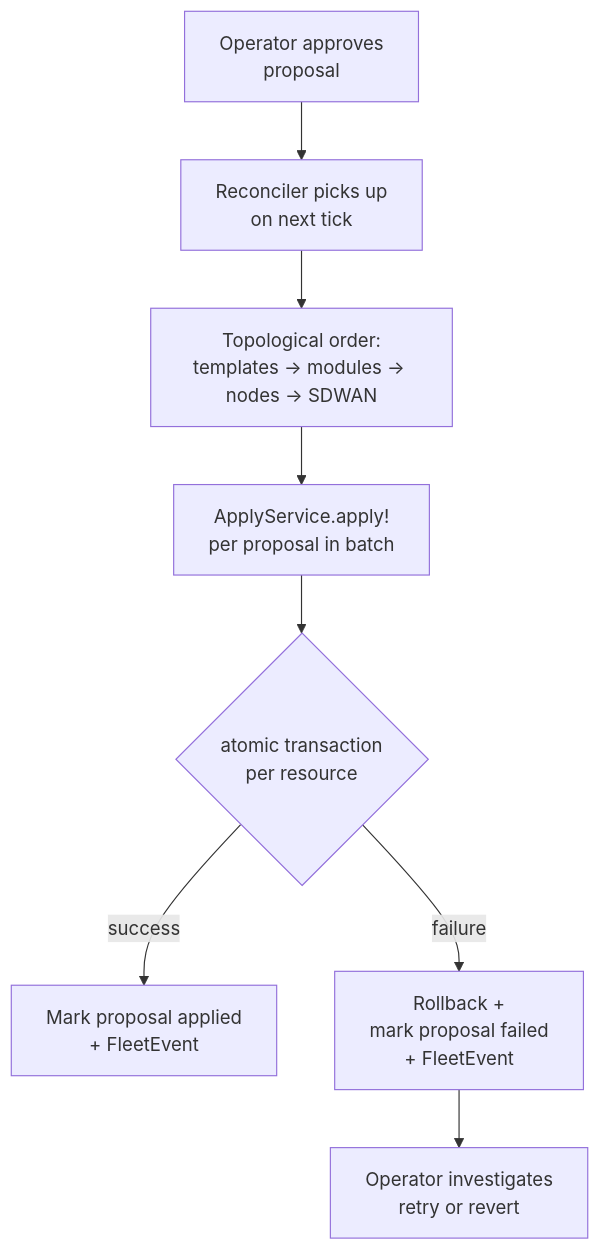
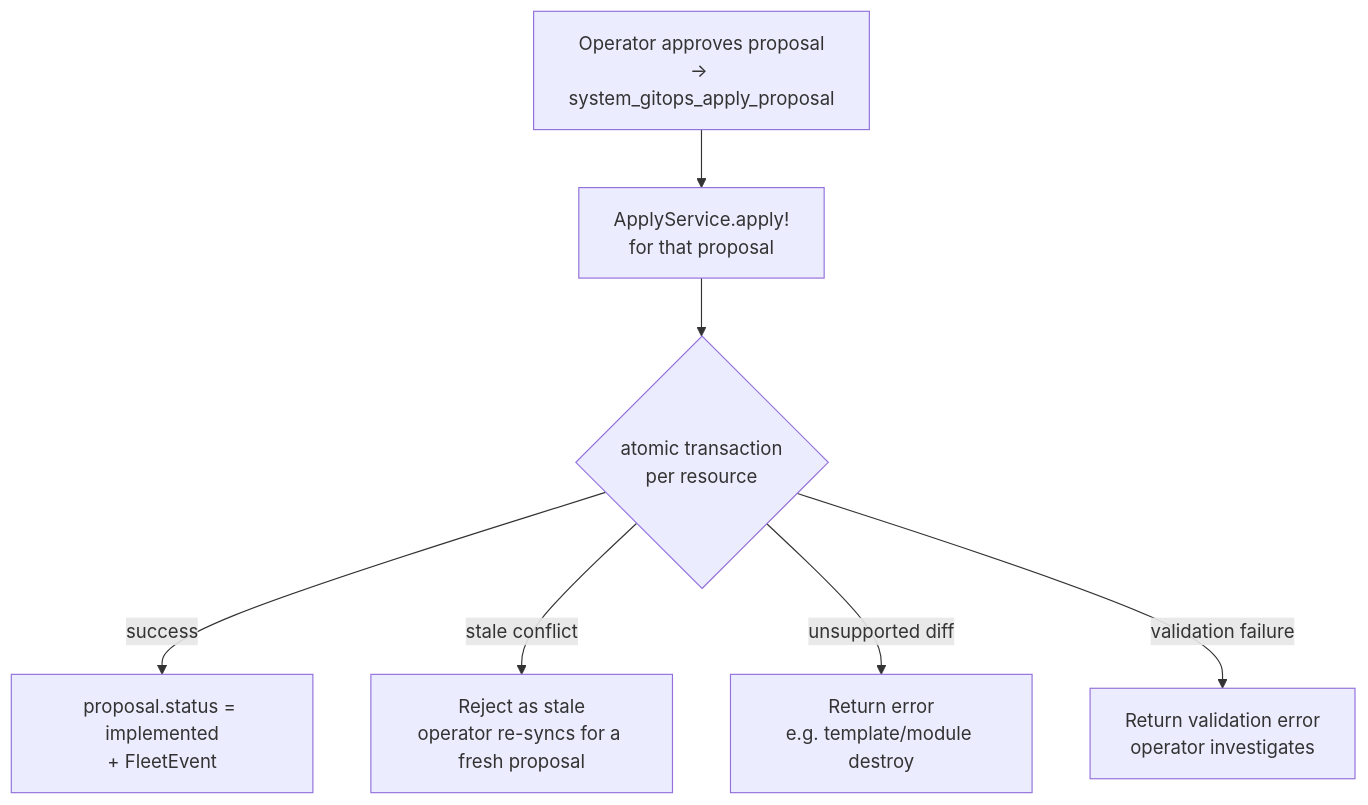
Before and after one commit to nodealchemy/powernode-system: the second of 2 diagrams in docs/runbooks/gitops-reconciliation.md, drawn with Mermaid. The commit also changed other lines of this file and 63 other files, not shown here.

````diff
--- a/docs/runbooks/gitops-reconciliation.md
+++ b/docs/runbooks/gitops-reconciliation.md
@@ -204,10 +220,9 @@
 ```mermaid
 flowchart TD
-    Approve[Operator approves<br/>proposal] --> Pickup[Reconciler picks up<br/>on next tick]
-    Pickup --> Order[Topological order:<br/>templates → modules → nodes → SDWAN]
-    Order --> Apply[ApplyService.apply!<br/>per proposal in batch]
+    Approve[Operator approves proposal<br/>→ system_gitops_apply_proposal] --> Apply[ApplyService.apply!<br/>for that proposal]
     Apply --> TXN{atomic transaction<br/>per resource}
-    TXN -->|success| Mark[Mark proposal applied<br/>+ FleetEvent]
-    TXN -->|failure| Rollback[Rollback +<br/>mark proposal failed<br/>+ FleetEvent]
-    Rollback --> Op[Operator investigates<br/>retry or revert]
+    TXN -->|success| Mark[proposal.status = implemented<br/>+ FleetEvent]
+    TXN -->|stale conflict| Stale[Reject as stale<br/>operator re-syncs for a fresh proposal]
+    TXN -->|unsupported diff| Unsup[Return error<br/>e.g. template/module destroy]
+    TXN -->|validation failure| Fail[Return validation error<br/>operator investigates]
 ```
````
